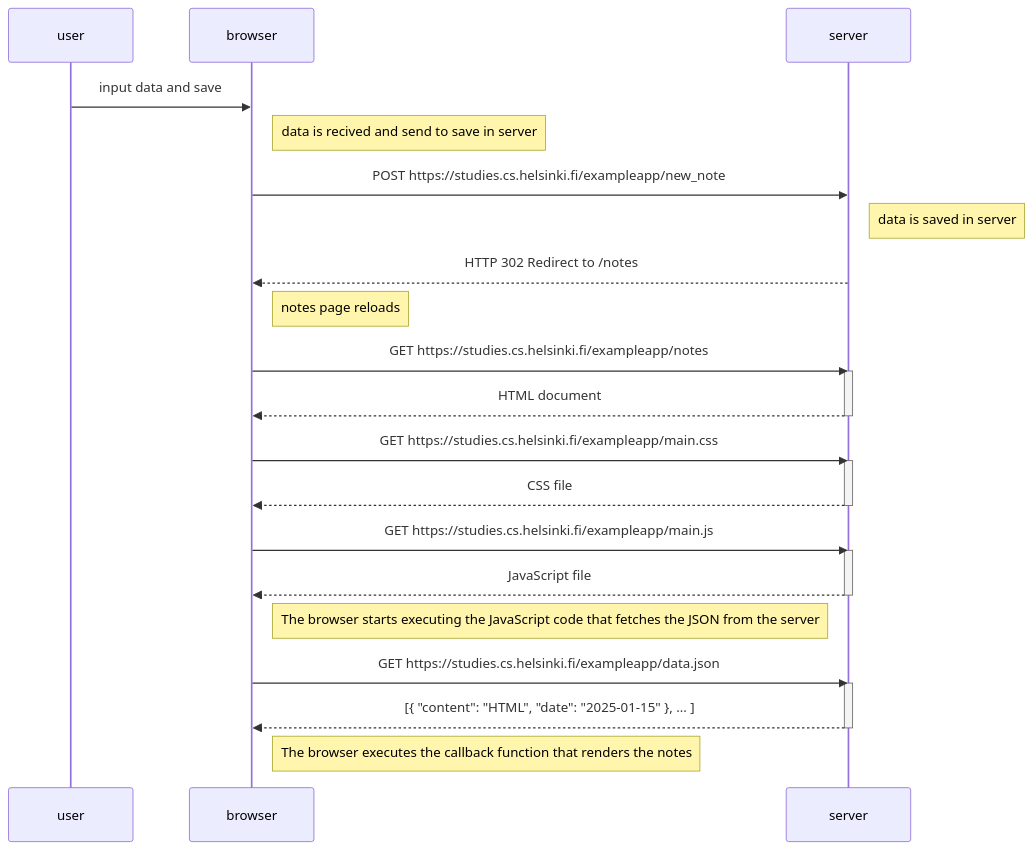
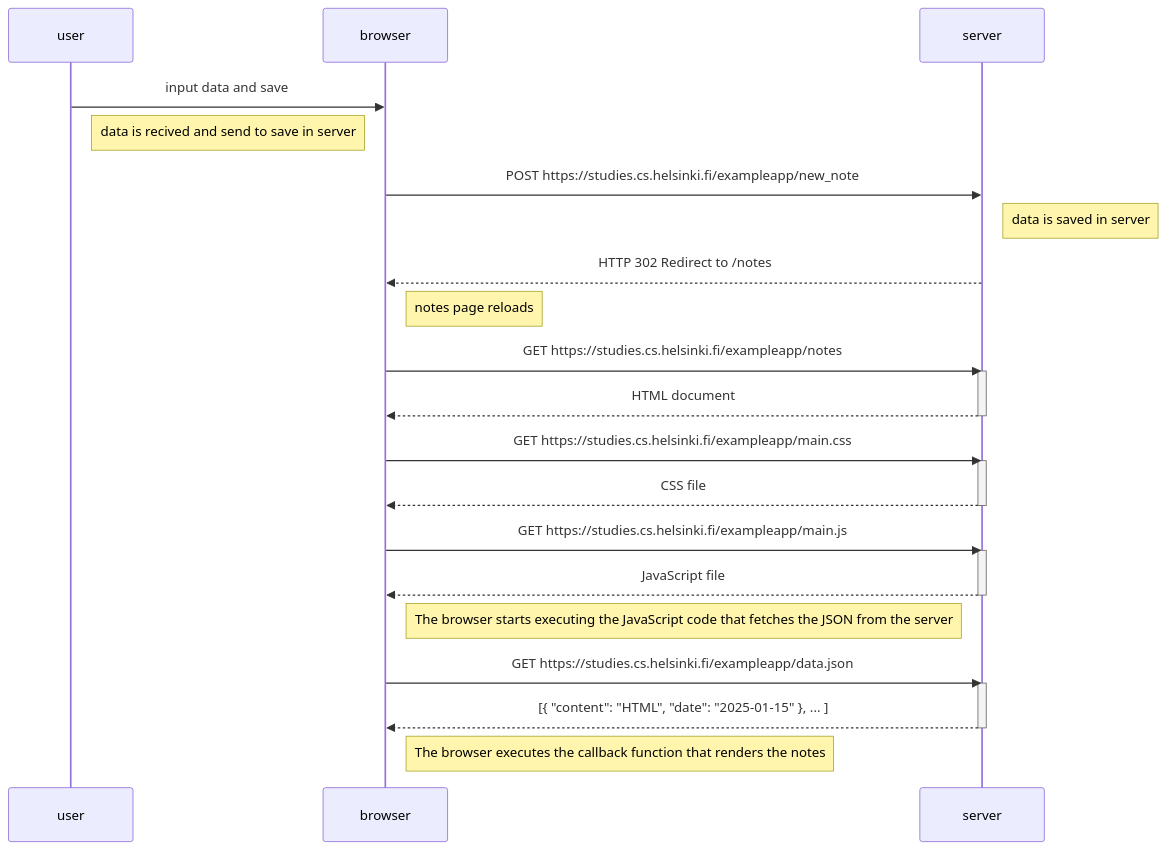
Before and after one commit to Adithya-009/Full_Stack: the diagram in part0/04.md, drawn with Mermaid.

````diff
--- a/part0/04.md
+++ b/part0/04.md
@@ -1,40 +1,40 @@
 ```mermaid
 
     sequenceDiagram
         participant user
         participant browser
         participant server
 
         user->>browser: input data and save
-        Note right of browser: data is recived and send to save in server
+        Note left of browser: data is recived and send to save in server
 
         browser->>server: POST https://studies.cs.helsinki.fi/exampleapp/new_note
         Note right of server: data is saved in server
         server-->>browser: HTTP 302 Redirect to /notes
         Note right of browser: notes page reloads
 
         browser->>server: GET https://studies.cs.helsinki.fi/exampleapp/notes
         activate server
         server-->>browser: HTML document
         deactivate server
 
         browser->>server: GET https://studies.cs.helsinki.fi/exampleapp/main.css
         activate server
         server-->>browser: CSS file
         deactivate server
 
         browser->>server: GET https://studies.cs.helsinki.fi/exampleapp/main.js
         activate server
         server-->>browser:JavaScript file
         deactivate server
 
         Note right of browser: The browser starts executing the JavaScript code that fetches the JSON from the server
 
         browser->>server: GET https://studies.cs.helsinki.fi/exampleapp/data.json
         activate server
         server-->>browser: [{ "content": "HTML", "date": "2025-01-15" }, ... ]
         deactivate server
 
         Note right of browser: The browser executes the callback function that renders the notes
 
 ```
````
